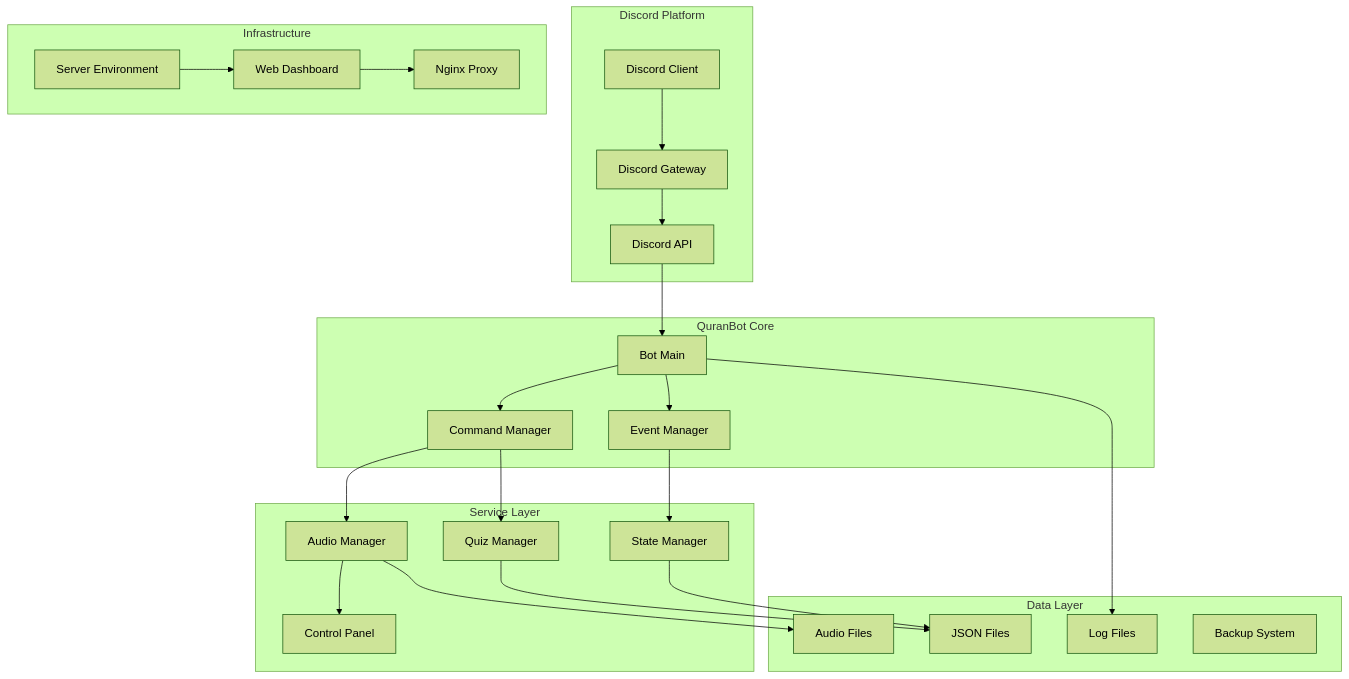
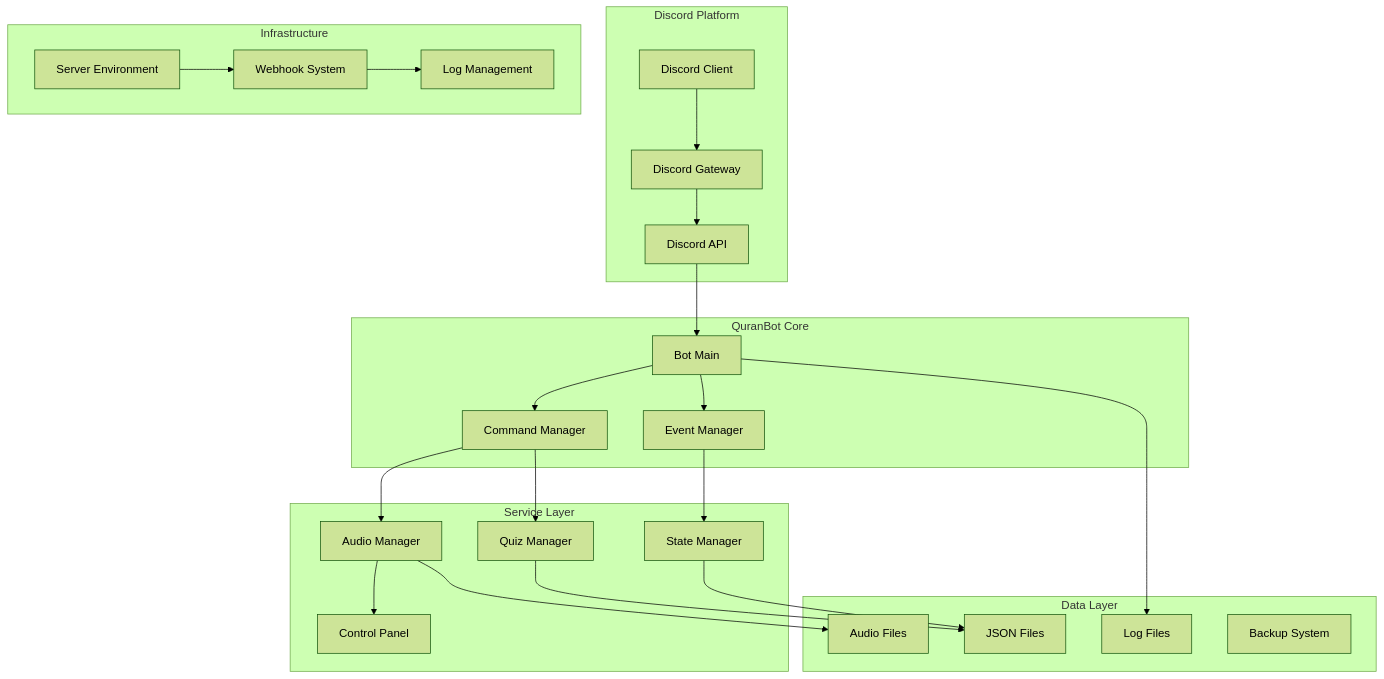
The first of 12 diagrams in docs/ARCHITECTURE.md (trippixn963/QuranBot), drawn with Mermaid (forest theme) before and after one commit. The commit also changed other lines of this file and 101 other files, not shown here.

````diff
--- a/docs/ARCHITECTURE.md
+++ b/docs/ARCHITECTURE.md
@@ -34,50 +34,50 @@
 ```mermaid
 graph TB
     subgraph "Discord Platform"
         DC[Discord Client]
         DG[Discord Gateway]
         DA[Discord API]
     end
-    
+
     subgraph "QuranBot Core"
         BM[Bot Main]
         CM[Command Manager]
         EM[Event Manager]
     end
-    
+
     subgraph "Service Layer"
         AM[Audio Manager]
         QM[Quiz Manager]
         SM[State Manager]
         CP[Control Panel]
     end
-    
+
     subgraph "Data Layer"
         JSON[JSON Files]
         AUDIO[Audio Files]
         LOGS[Log Files]
         BACKUP[Backup System]
     end
-    
+
     subgraph "Infrastructure"
         SRV[Server Environment]
-        WD[Web Dashboard]
-        NGINX[Nginx Proxy]
+        WH[Webhook System]
+        LOG[Log Management]
     end
-    
+
     DC --> DG
     DG --> DA
     DA --> BM
     BM --> CM
     BM --> EM
     CM --> AM
     CM --> QM
     EM --> SM
     AM --> CP
     QM --> JSON
     SM --> JSON
     AM --> AUDIO
     BM --> LOGS
-    SRV --> WD
-    WD --> NGINX
+    SRV --> WH
+    WH --> LOG
 ```
````
